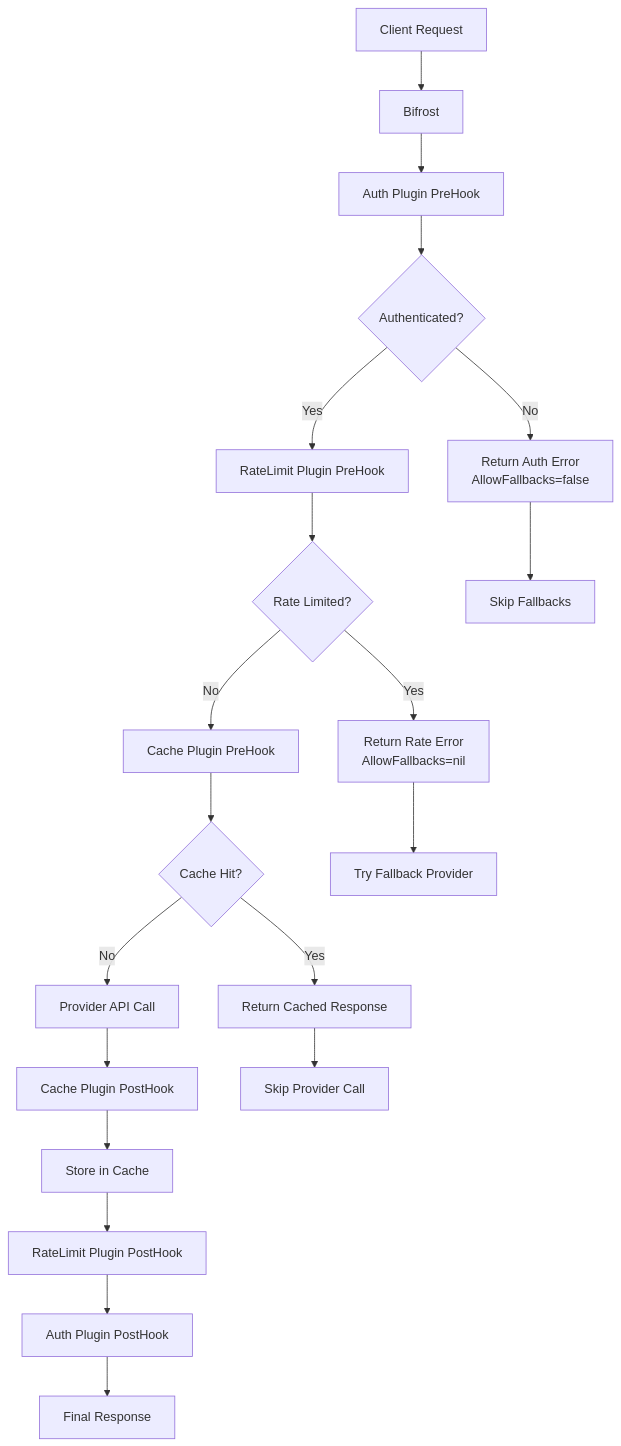
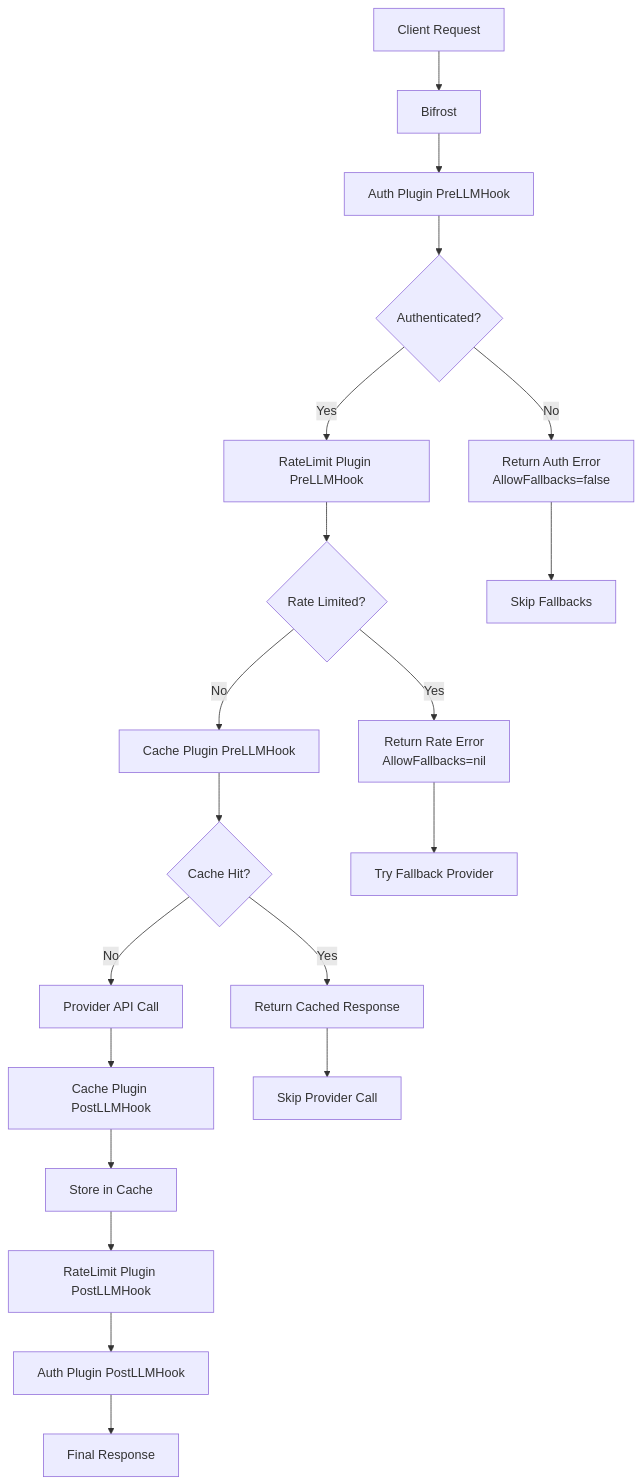
Before and after one commit to sammcj/bifrost: the eighth of 10 diagrams in docs/architecture/core/plugins.mdx, drawn with Mermaid. The commit also changed other lines of this file and 156 other files, not shown here.

Commit message:
feat: plugin schema extensions for mcp plugins

````diff
--- a/docs/architecture/core/plugins.mdx
+++ b/docs/architecture/core/plugins.mdx
@@ -333,23 +333,23 @@
 ```mermaid
 graph TD
     A["Client Request"] --> B["Bifrost"]
-    B --> C["Auth Plugin PreHook"]
+    B --> C["Auth Plugin PreLLMHook"]
     C --> D{"Authenticated?"}
     D -->|No| E["Return Auth Error<br/>AllowFallbacks=false"]
-    D -->|Yes| F["RateLimit Plugin PreHook"]
+    D -->|Yes| F["RateLimit Plugin PreLLMHook"]
     F --> G{"Rate Limited?"}
     G -->|Yes| H["Return Rate Error<br/>AllowFallbacks=nil"]
-    G -->|No| I["Cache Plugin PreHook"]
+    G -->|No| I["Cache Plugin PreLLMHook"]
     I --> J{"Cache Hit?"}
     J -->|Yes| K["Return Cached Response"]
     J -->|No| L["Provider API Call"]
-    L --> M["Cache Plugin PostHook"]
+    L --> M["Cache Plugin PostLLMHook"]
     M --> N["Store in Cache"]
-    N --> O["RateLimit Plugin PostHook"]
-    O --> P["Auth Plugin PostHook"]
+    N --> O["RateLimit Plugin PostLLMHook"]
+    O --> P["Auth Plugin PostLLMHook"]
     P --> Q["Final Response"]
 
     E --> R["Skip Fallbacks"]
     H --> S["Try Fallback Provider"]
     K --> T["Skip Provider Call"]
 ```
````
